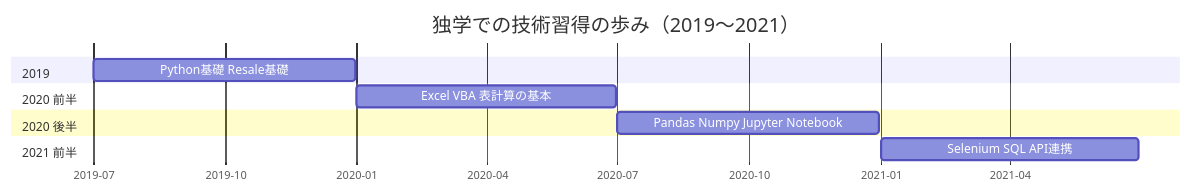
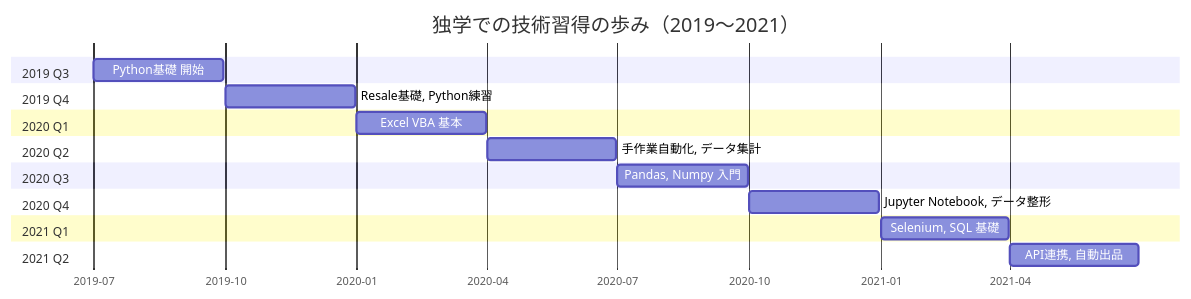
One commit to 0xkz1/resale-automation-archive changed the second of 2 diagrams in README.md. Above: the diagram before and after it, drawn with Mermaid. The commit also changed other lines of this file, not shown here.

Commit message:
refactor: split timeline into 3-month intervals (quarterly)
- Break down 6-month periods into Q1/Q2/Q3/Q4 for more detailed learning progression
- English: 8 quarters from 2019-Q3 to 2021-Q2
- Japanese: same quarterly breakdown

````diff
--- a/README.md
+++ b/README.md
@@ -55,18 +67,30 @@
 ```mermaid
 gantt
     title 独学での技術習得の歩み（2019〜2021）
     dateFormat YYYY-MM-DD
     axisFormat %Y-%m
 
-    section 2019
-    Python基礎 Resale基礎 :t1, 2019-07-01, 2019-12-31
+    section 2019 Q3
+    Python基礎 開始 :t1, 2019-07-01, 2019-09-30
 
-    section 2020 前半
-    Excel VBA 表計算の基本 :t2, 2020-01-01, 2020-06-30
+    section 2019 Q4
+    Resale基礎, Python練習 :t2, 2019-10-01, 2019-12-31
 
-    section 2020 後半
-    Pandas Numpy Jupyter Notebook :t3, 2020-07-01, 2020-12-31
+    section 2020 Q1
+    Excel VBA 基本 :t3, 2020-01-01, 2020-03-31
 
-    section 2021 前半
-    Selenium SQL API連携 :t4, 2021-01-01, 2021-06-30
+    section 2020 Q2
+    手作業自動化, データ集計 :t4, 2020-04-01, 2020-06-30
+
+    section 2020 Q3
+    Pandas, Numpy 入門 :t5, 2020-07-01, 2020-09-30
+
+    section 2020 Q4
+    Jupyter Notebook, データ整形 :t6, 2020-10-01, 2020-12-31
+
+    section 2021 Q1
+    Selenium, SQL 基礎 :t7, 2021-01-01, 2021-03-31
+
+    section 2021 Q2
+    API連携, 自動出品 :t8, 2021-04-01, 2021-06-30
 ```
````
